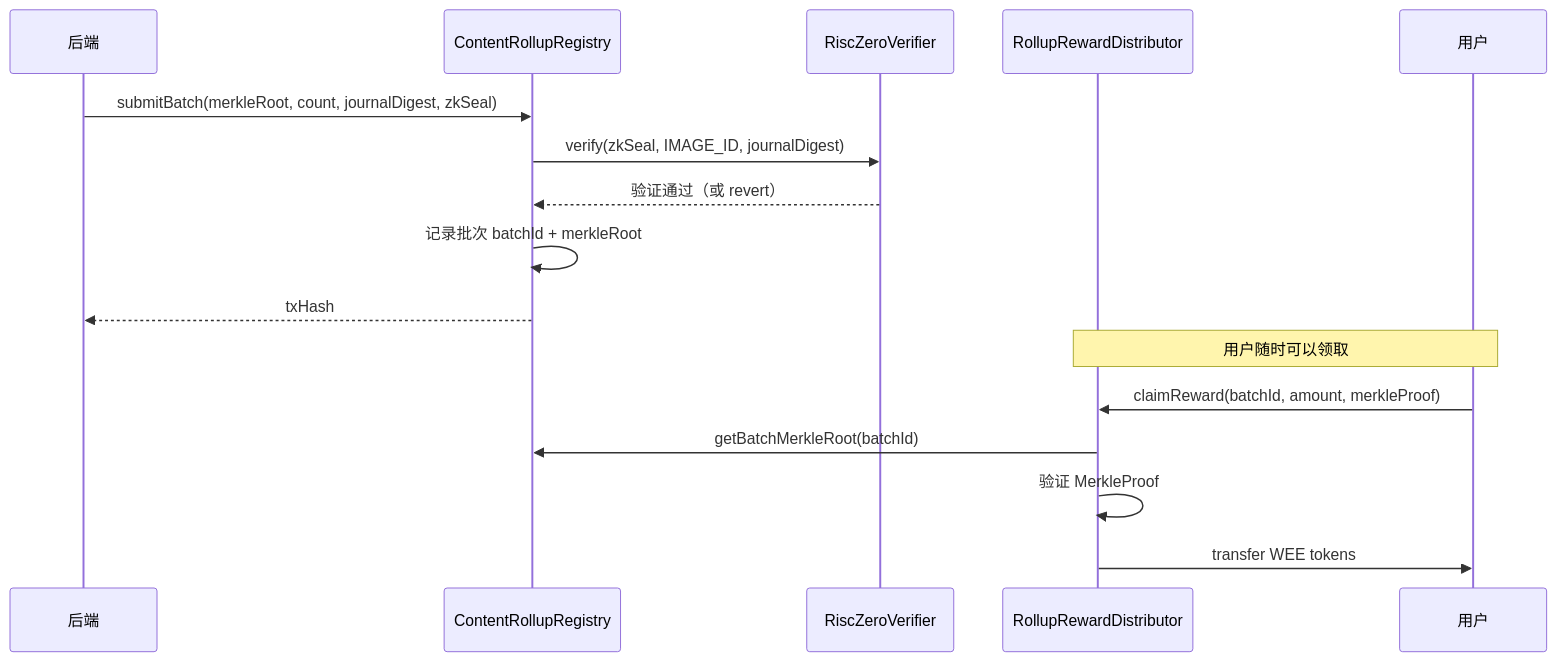
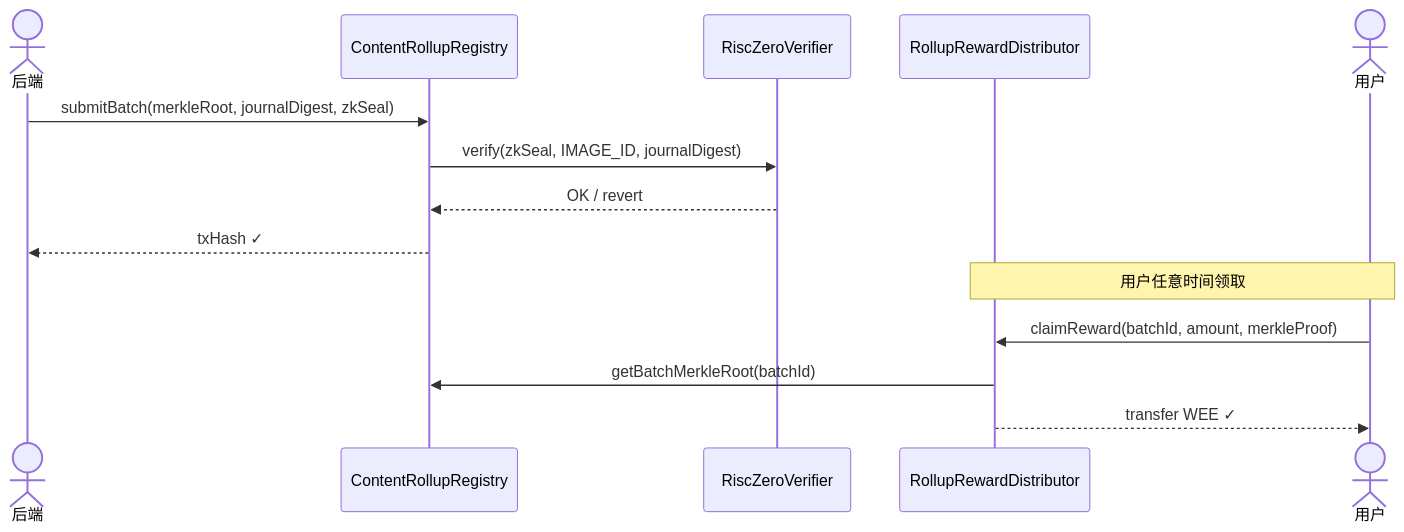
The second of 2 diagrams in docs/zk-rollup-settlement-blog.md (zzzzzzzzzzhy/zk_fisco_platform), drawn with Mermaid before and after one commit. The commit also changed other lines of this file and 1 other file, not shown here.

Commit message:
优化 Mermaid 图表：简化节点、去掉换行、统一用 flowchart

````diff
--- a/docs/zk-rollup-settlement-blog.md
+++ b/docs/zk-rollup-settlement-blog.md
@@ -142,20 +135,18 @@
 ```mermaid
 sequenceDiagram
-    participant Backend as 后端
-    participant Registry as ContentRollupRegistry
-    participant Verifier as RiscZeroVerifier
-    participant Distributor as RollupRewardDistributor
-    participant User as 用户
+    actor B as 后端
+    participant R as ContentRollupRegistry
+    participant V as RiscZeroVerifier
+    participant D as RollupRewardDistributor
+    actor U as 用户
 
-    Backend->>Registry: submitBatch(merkleRoot, count, journalDigest, zkSeal)
-    Registry->>Verifier: verify(zkSeal, IMAGE_ID, journalDigest)
-    Verifier-->>Registry: 验证通过（或 revert）
-    Registry->>Registry: 记录批次 batchId + merkleRoot
-    Registry-->>Backend: txHash
+    B->>R: submitBatch(merkleRoot, journalDigest, zkSeal)
+    R->>V: verify(zkSeal, IMAGE_ID, journalDigest)
+    V-->>R: OK / revert
+    R-->>B: txHash ✓
 
-    Note over User,Distributor: 用户随时可以领取
-    User->>Distributor: claimReward(batchId, amount, merkleProof)
-    Distributor->>Registry: getBatchMerkleRoot(batchId)
-    Distributor->>Distributor: 验证 MerkleProof
-    Distributor->>User: transfer WEE tokens
+    Note over U,D: 用户任意时间领取
+    U->>D: claimReward(batchId, amount, merkleProof)
+    D->>R: getBatchMerkleRoot(batchId)
+    D-->>U: transfer WEE ✓
 ```
````
